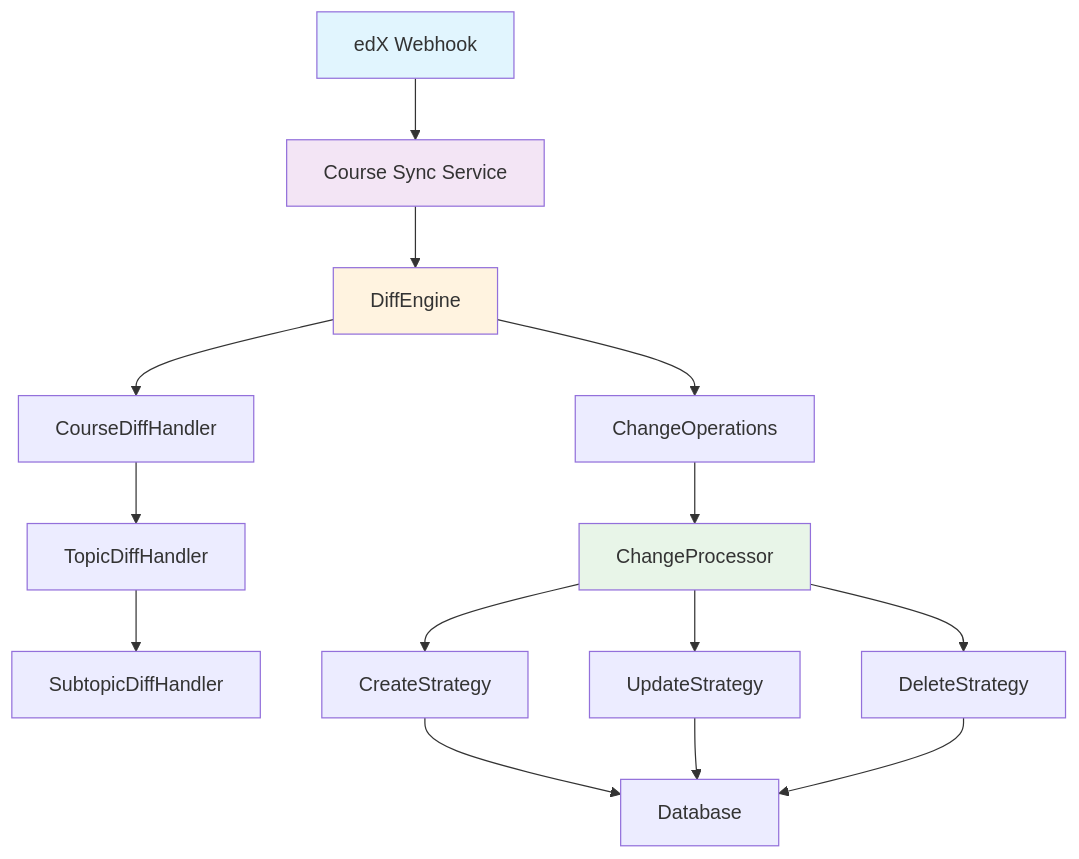
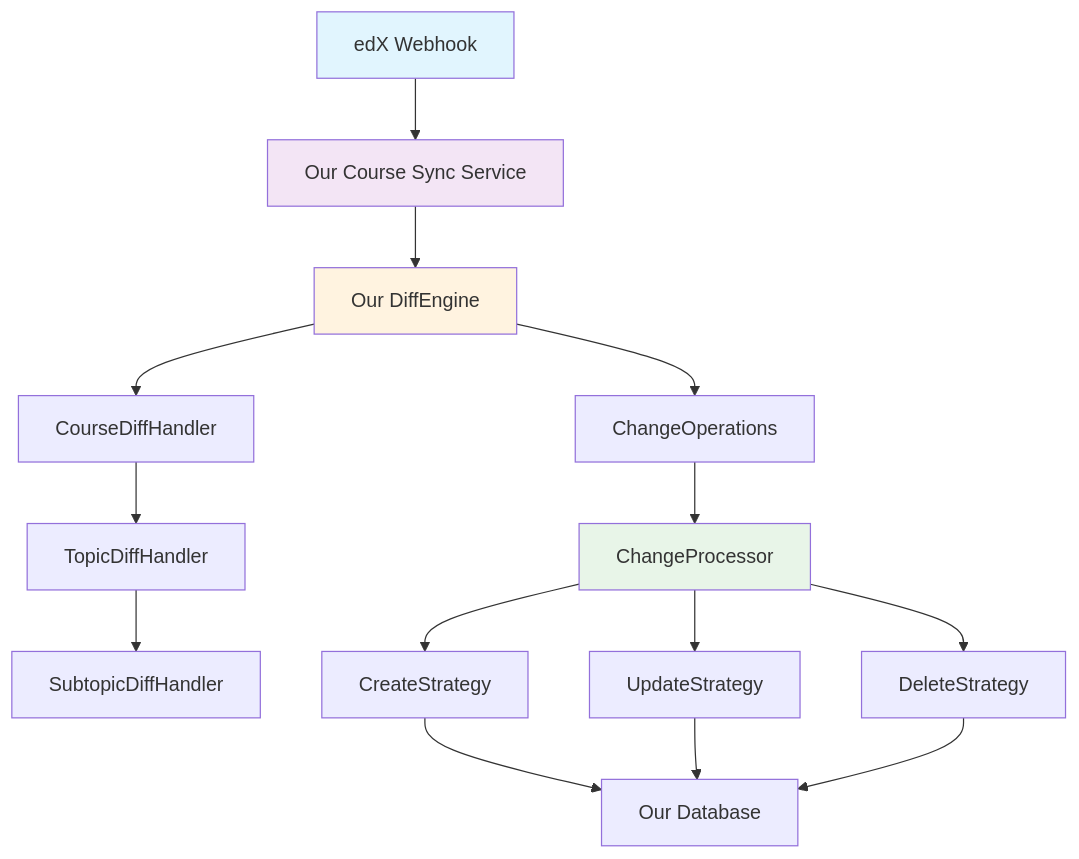
One commit to PempheroKamundi/course-sync changed the first of 2 diagrams in README.md. Above: the diagram before and after it, drawn with Mermaid. The commit also changed other lines of this file, not shown here.

````diff
--- a/README.md
+++ b/README.md
@@ -41,23 +41,23 @@
 ```mermaid
 graph TD
-    A[edX Webhook] --> B[Course Sync Service]
-    B --> C[DiffEngine]
+    A[edX Webhook] --> B[Our Course Sync Service]
+    B --> C[Our DiffEngine]
     C --> D[CourseDiffHandler]
     D --> E[TopicDiffHandler] 
     E --> F[SubtopicDiffHandler]
     
     C --> G[ChangeOperations]
     G --> H[ChangeProcessor]
     H --> I[CreateStrategy]
     H --> J[UpdateStrategy]
     H --> K[DeleteStrategy]
     
-    I --> L[Database]
+    I --> L[Our Database]
     J --> L
     K --> L
     
     style A fill:#e1f5fe
     style B fill:#f3e5f5
     style C fill:#fff3e0
     style H fill:#e8f5e8
 ```
````
